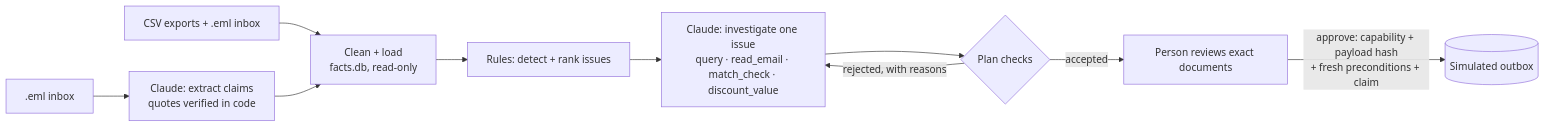
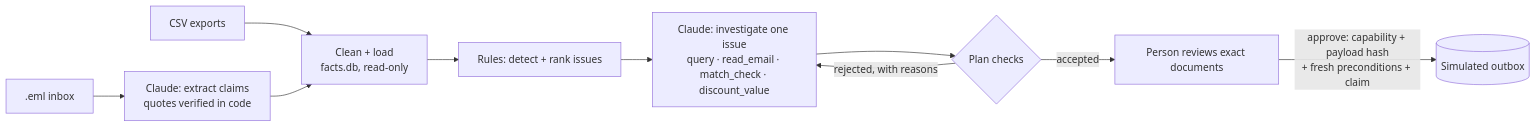
One commit to molarya1/ap-exceptions-copilot changed the diagram in README.md. Above: the diagram before and after it, drawn with Mermaid. The commit also changed other lines of this file, not shown here.

````diff
--- a/README.md
+++ b/README.md
@@ -42,12 +43,12 @@
 ```mermaid
 flowchart LR
-  data[CSV exports + .eml inbox] --> ingest[Clean + load<br/>facts.db, read-only]
+  data[CSV exports] --> ingest[Clean + load<br/>facts.db, read-only]
   inbox[.eml inbox] --> extract[Claude: extract claims<br/>quotes verified in code]
   extract --> ingest
   ingest --> detect[Rules: detect + rank issues]
   detect --> agent[Claude: investigate one issue<br/>query · read_email · match_check · discount_value]
   agent --> checks{Plan checks}
   checks -- rejected, with reasons --> agent
   checks -- accepted --> review[Person reviews exact documents]
   review -- approve: capability + payload hash<br/>+ fresh preconditions + claim --> outbox[(Simulated outbox)]
 ```
````
